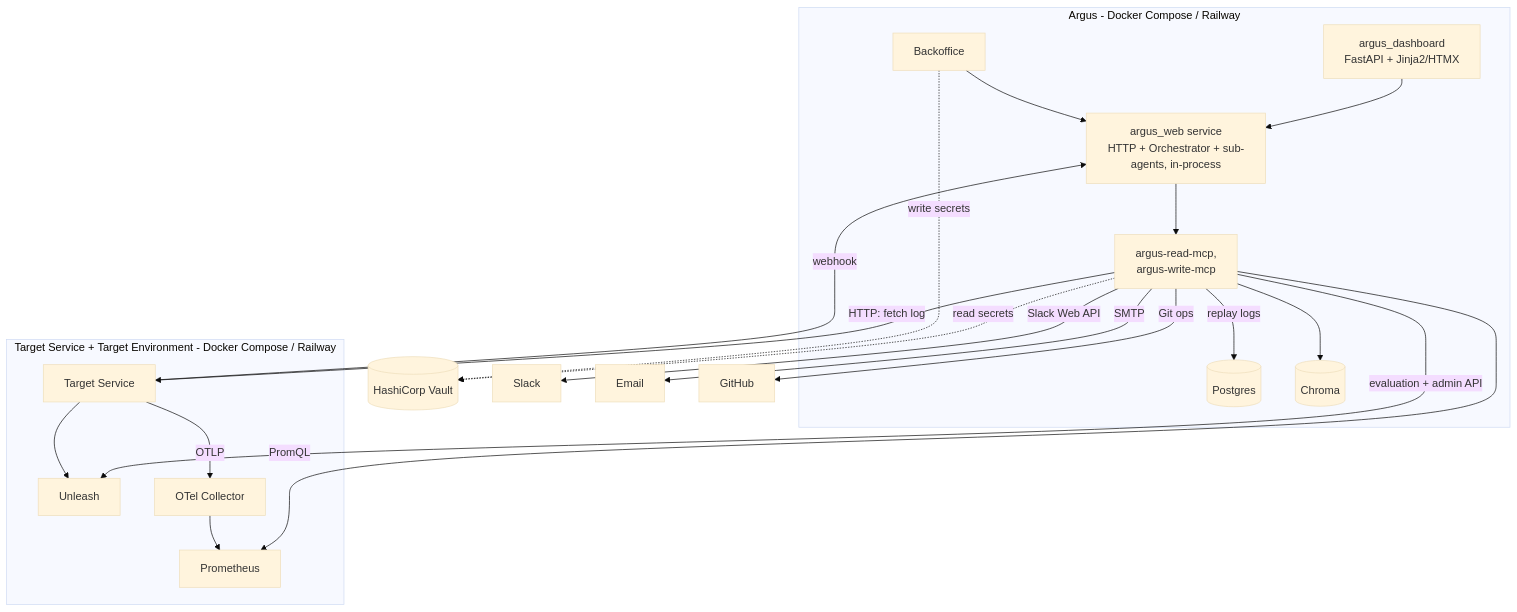
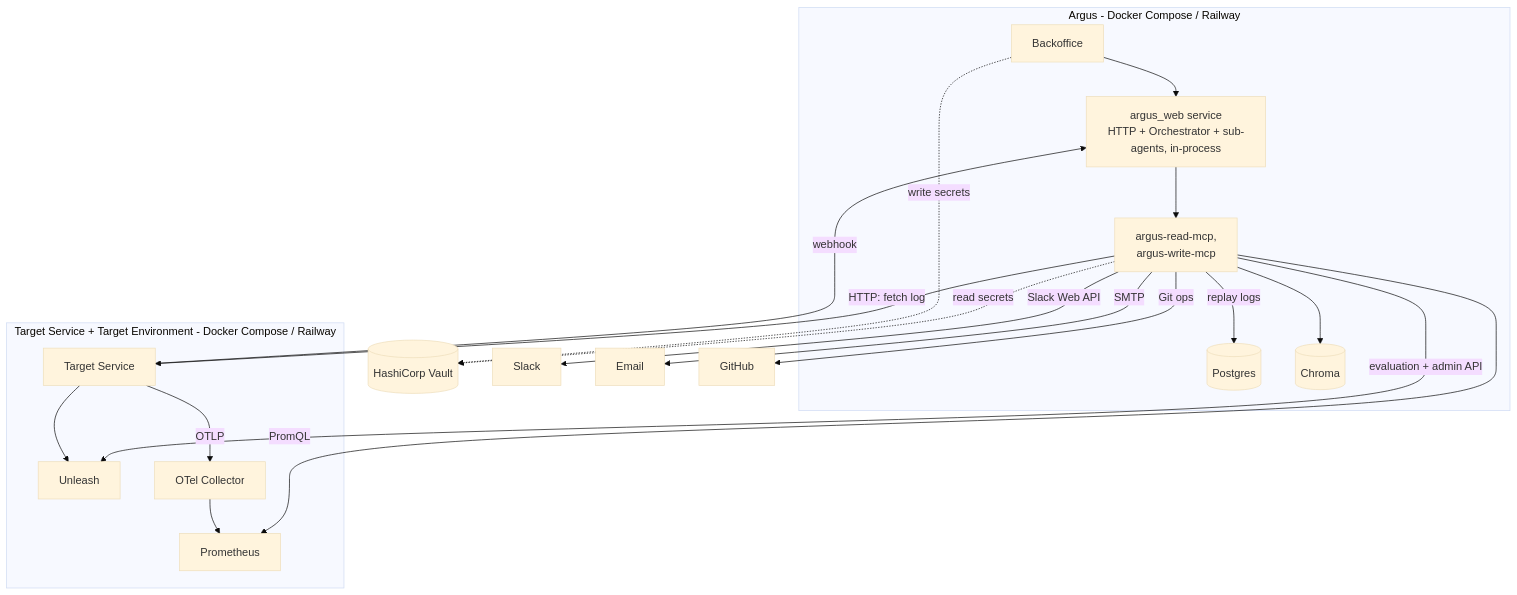
The fifth of 5 diagrams in docs/spec-and-architecture.md (ohadraz/Argus), drawn with Mermaid (base theme) before and after one commit. The commit also changed other lines of this file and 31 other files, not shown here.

````diff
--- a/docs/spec-and-architecture.md
+++ b/docs/spec-and-architecture.md
@@ -586,35 +590,33 @@
 ```mermaid
 flowchart TB
     subgraph ArgusDeploy["Argus - Docker Compose / Railway"]
         WEB[argus_web service<br/>HTTP + Orchestrator + sub-agents, in-process]
         MCPS[argus-read-mcp,<br/>argus-write-mcp]
         PG[(Postgres)]
         CHROMA[(Chroma)]
-        FE[argus_dashboard<br/>FastAPI + Jinja2/HTMX]
         BO[Backoffice]
     end
     subgraph TargetDeploy["Target Service + Target Environment - Docker Compose / Railway"]
         TS[Target Service]
         UNLEASH[Unleash]
         OTELCOL[OTel Collector]
         PROM[Prometheus]
     end
     VAULT[(HashiCorp Vault)]
 
     TS -->|webhook| WEB
     WEB --> MCPS
     MCPS -->|replay logs| PG
     MCPS --> CHROMA
     MCPS -->|evaluation + admin API| UNLEASH
     MCPS -->|PromQL| PROM
     MCPS -->|HTTP: fetch log| TS
     MCPS -->|Slack Web API| ExternalSlack[Slack]
     MCPS -->|SMTP| ExternalMail[Email]
     MCPS -->|Git ops| ExternalGH[GitHub]
     MCPS -.->|read secrets| VAULT
     BO -.->|write secrets| VAULT
     TS --> UNLEASH
     TS -->|OTLP| OTELCOL --> PROM
-    FE --> WEB
     BO --> WEB
 ```
````
